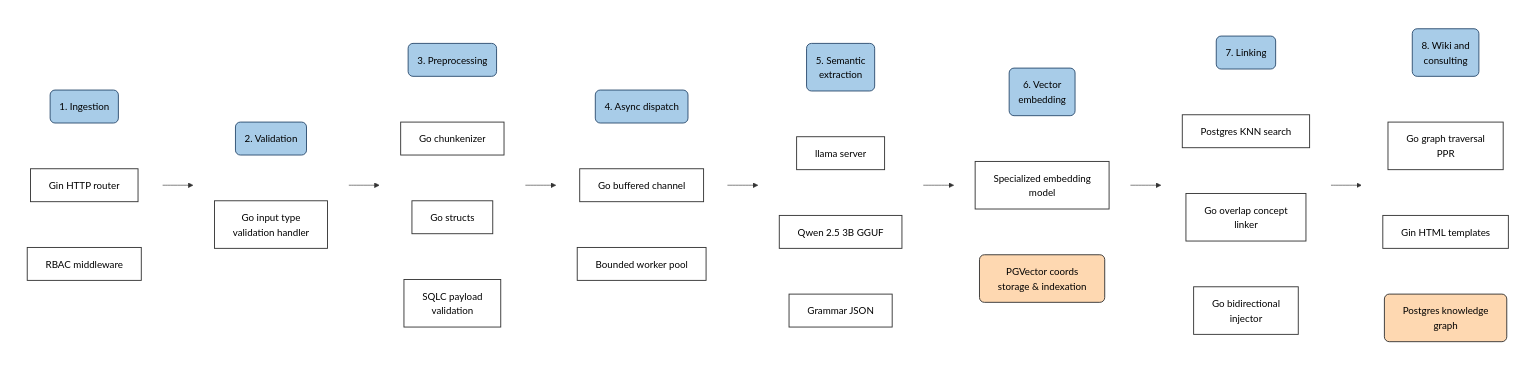
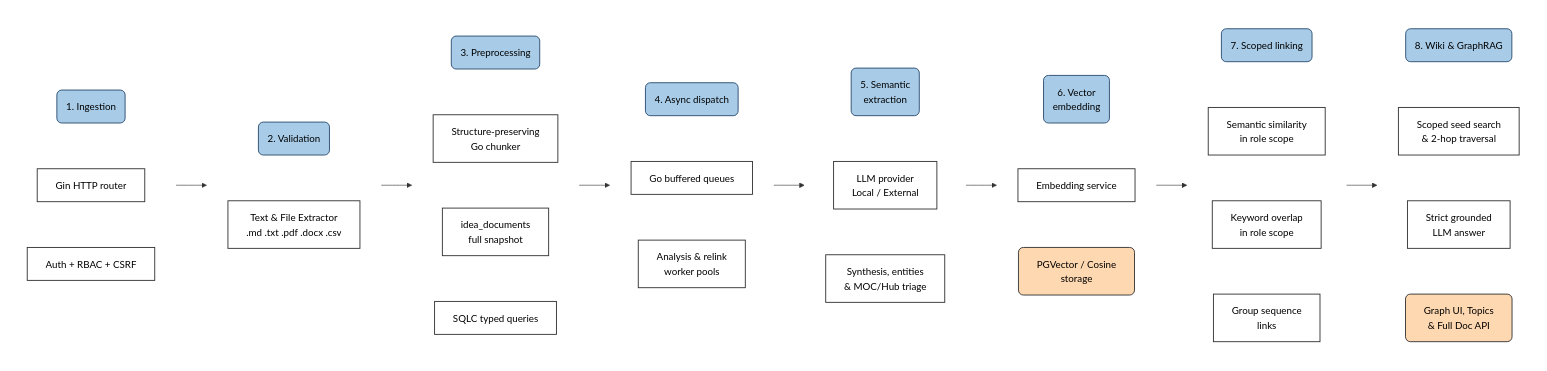
Before and after one commit to angelemmavelasco/thinker: the diagram in README.md, drawn with Mermaid. The commit also changed other lines of this file, not shown here.

```diff
--- a/README.md
+++ b/README.md
@@ -45,66 +287,65 @@
         direction TB
         P1("1. Ingestion")
         C1_1["Gin HTTP router"]
-        C1_2["RBAC middleware"]
+        C1_2["Auth + RBAC + CSRF"]
         P1 ~~~ C1_1 ~~~ C1_2
     end
 
     subgraph Col2 [" "]
         direction TB
         P2("2. Validation")
-        C2_1["Go input type<br/>validation handler"]
+        C2_1["Text & File Extractor<br/>.md .txt .pdf .docx .csv"]
         P2 ~~~ C2_1
     end
 
     subgraph Col3 [" "]
         direction TB
         P3("3. Preprocessing")
-        C3_1["Go chunkenizer"]
-        C3_2["Go structs"]
-        C3_3["SQLC payload<br/>validation"]
+        C3_1["Structure-preserving<br/>Go chunker"]
+        C3_2["idea_documents<br/>full snapshot"]
+        C3_3["SQLC typed queries"]
         P3 ~~~ C3_1 ~~~ C3_2 ~~~ C3_3
     end
 
     subgraph Col4 [" "]
         direction TB
         P4("4. Async dispatch")
-        C4_1["Go buffered channel"]
-        C4_2["Bounded worker pool"]
+        C4_1["Go buffered queues"]
+        C4_2["Analysis & relink<br/>worker pools"]
         P4 ~~~ C4_1 ~~~ C4_2
     end
 
     subgraph Col5 [" "]
         direction TB
         P5("5. Semantic<br/>extraction")
-        C5_1["llama server"]
-        C5_2["Qwen 2.5 3B GGUF"]
-        C5_3["Grammar JSON"]
-        P5 ~~~ C5_1 ~~~ C5_2 ~~~ C5_3
+        C5_1["LLM provider<br/>Local / External"]
+        C5_2["Synthesis, entities<br/>& MOC/Hub triage"]
+        P5 ~~~ C5_1 ~~~ C5_2
     end
 
     subgraph Col6 [" "]
         direction TB
         P6("6. Vector<br/>embedding")
-        C6_1["Specialized embedding<br/>model"]
-        T6["PGVector coords<br/>storage & indexation"]
+        C6_1["Embedding service"]
+        T6["PGVector / Cosine<br/>storage"]
         P6 ~~~ C6_1 ~~~ T6
     end
 
     subgraph Col7 [" "]
         direction TB
-        P7("7. Linking")
-        C7_1["Postgres KNN search"]
-        C7_2["Go overlap concept<br/>linker"]
-        C7_3["Go bidirectional<br/>injector"]
+        P7("7. Scoped linking")
+        C7_1["Semantic similarity<br/>in role scope"]
+        C7_2["Keyword overlap<br/>in role scope"]
+        C7_3["Group sequence<br/>links"]
         P7 ~~~ C7_1 ~~~ C7_2 ~~~ C7_3
     end
 
     subgraph Col8 [" "]
         direction TB
-        P8("8. Wiki and<br/>consulting")
-        C8_1["Go graph traversal<br/>PPR"]
-        C8_2["Gin HTML templates"]
-        T8["Postgres knowledge<br/>graph"]
+        P8("8. Wiki & GraphRAG")
+        C8_1["Scoped seed search<br/>& 2-hop traversal"]
+        C8_2["Strict grounded<br/>LLM answer"]
+        T8["Graph UI, Topics<br/>& Full Doc API"]
         P8 ~~~ C8_1 ~~~ C8_2 ~~~ T8
     end
 
@@ -113,7 +354,7 @@
     classDef orangeStep fill:#fed8b1,stroke:#333333,stroke-width:1.5px,color:#000,rx:8,ry:8;
 
     class P1,P2,P3,P4,P5,P6,P7,P8 blueStep;
-    class C1_1,C1_2,C2_1,C3_1,C3_2,C3_3,C4_1,C4_2,C5_1,C5_2,C5_3,C6_1,C7_1,C7_2,C7_3,C8_1,C8_2 whiteBox;
+    class C1_1,C1_2,C2_1,C3_1,C3_2,C3_3,C4_1,C4_2,C5_1,C5_2,C6_1,C7_1,C7_2,C7_3,C8_1,C8_2 whiteBox;
     class T6,T8 orangeStep;
 
     style Col1 fill:none,stroke:none;
```
